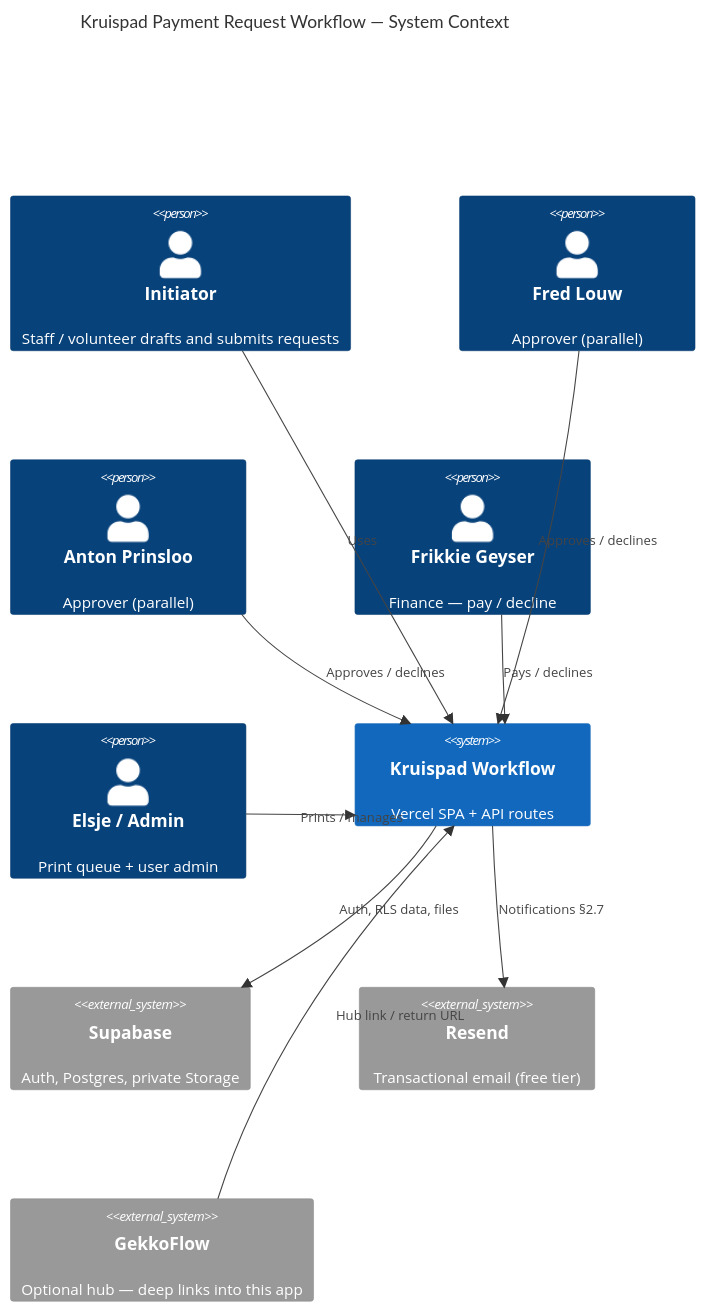
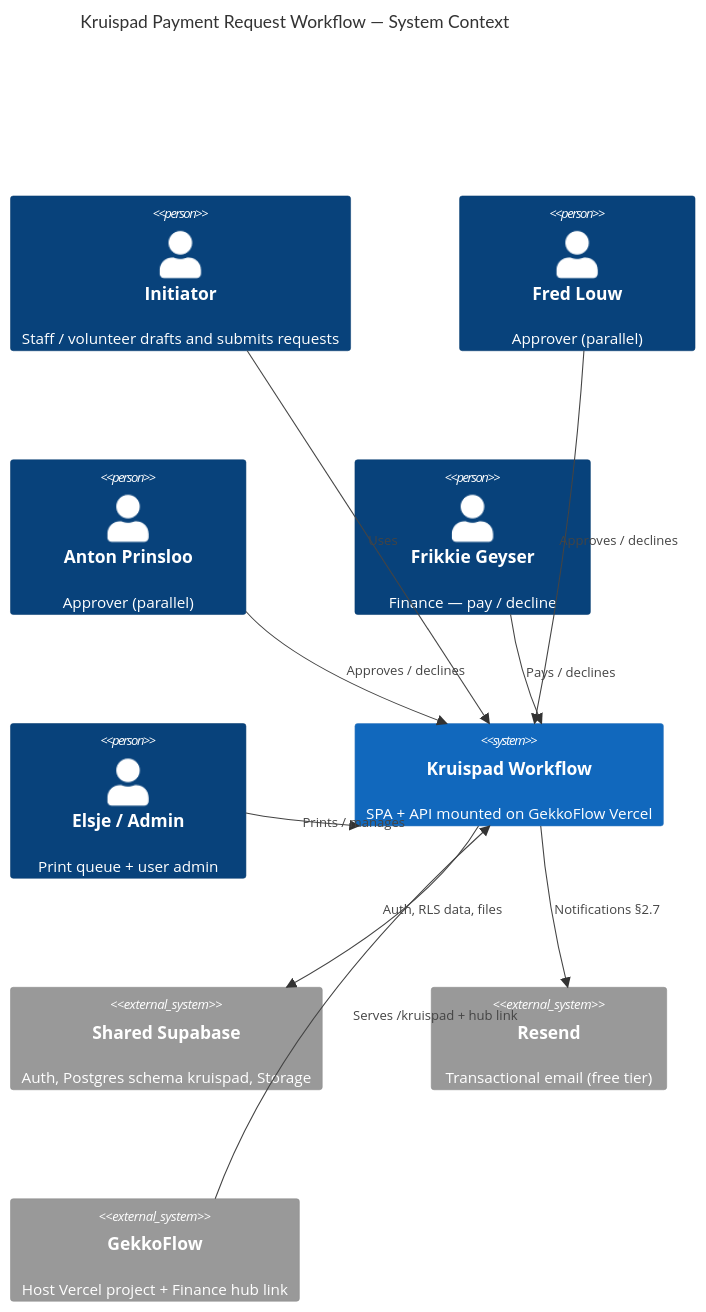
Before and after one commit to EswanHoll/Kruispad: the first of 3 diagrams in docs/architecture/ARCHITECTURE.md, drawn with Mermaid. The commit also changed other lines of this file and 20 other files, not shown here.

First line of the commit message:
feat: host Kruispad under GekkoFlow at /kruispad/

````diff
--- a/docs/architecture/ARCHITECTURE.md
+++ b/docs/architecture/ARCHITECTURE.md
@@ -33,21 +34,21 @@
 ```mermaid
 C4Context
     title Kruispad Payment Request Workflow — System Context
     Person(initiator, "Initiator", "Staff / volunteer drafts and submits requests")
     Person(fred, "Fred Louw", "Approver (parallel)")
     Person(anton, "Anton Prinsloo", "Approver (parallel)")
     Person(finance, "Frikkie Geyser", "Finance — pay / decline")
     Person(admin, "Elsje / Admin", "Print queue + user admin")
-    System(app, "Kruispad Workflow", "Vercel SPA + API routes")
-    System_Ext(supabase, "Supabase", "Auth, Postgres, private Storage")
+    System(app, "Kruispad Workflow", "SPA + API mounted on GekkoFlow Vercel")
+    System_Ext(supabase, "Shared Supabase", "Auth, Postgres schema kruispad, Storage")
     System_Ext(resend, "Resend", "Transactional email (free tier)")
-    System_Ext(gekkoflow, "GekkoFlow", "Optional hub — deep links into this app")
+    System_Ext(gekkoflow, "GekkoFlow", "Host Vercel project + Finance hub link")
     Rel(initiator, app, "Uses")
     Rel(fred, app, "Approves / declines")
     Rel(anton, app, "Approves / declines")
     Rel(finance, app, "Pays / declines")
     Rel(admin, app, "Prints / manages")
     Rel(app, supabase, "Auth, RLS data, files")
     Rel(app, resend, "Notifications §2.7")
-    Rel(gekkoflow, app, "Hub link / return URL")
+    Rel(gekkoflow, app, "Serves /kruispad + hub link")
 ```
````
